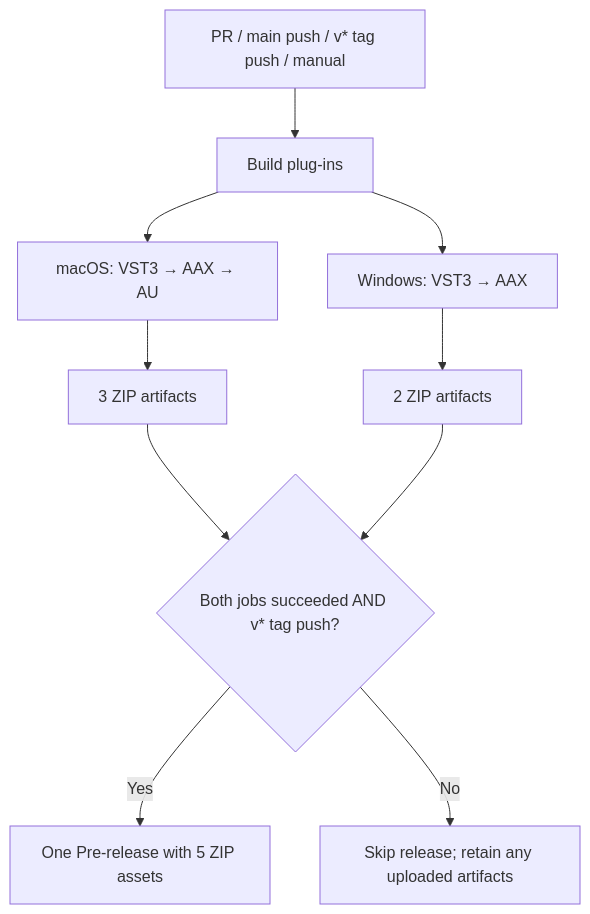
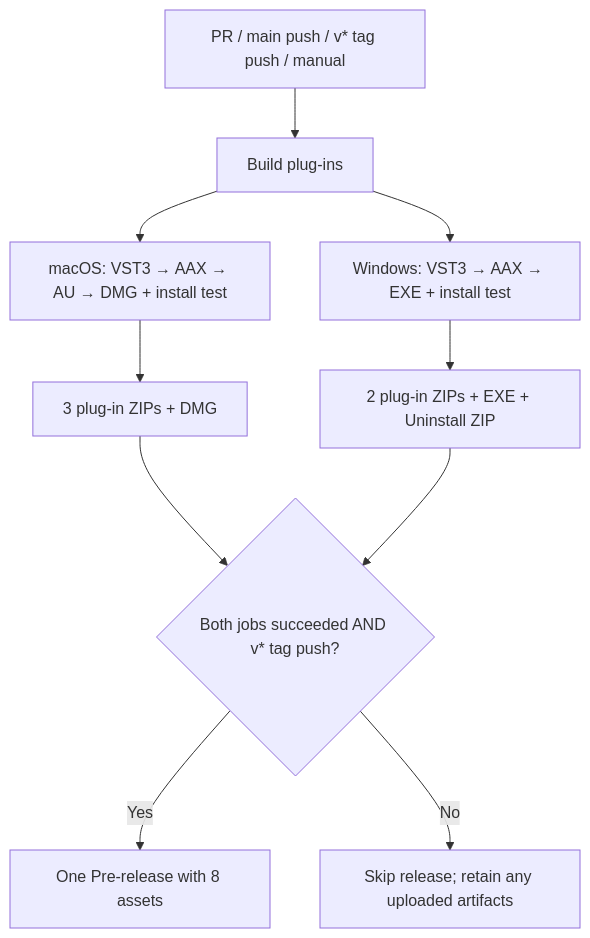
One commit to Hikari-Tsai/JS_Inflator changed the diagram in README.md. Above: the diagram before and after it, drawn with Mermaid. The commit also changed other lines of this file and 16 other files, not shown here.

Commit message:
ci: package macOS and Windows installers with uninstall tools

````diff
--- a/README.md
+++ b/README.md
@@ -181,12 +200,12 @@
 ```mermaid
 flowchart TD
     event["PR / main push / v* tag push / manual"] --> entry["Build plug-ins"]
-    entry --> mac["macOS: VST3 → AAX → AU"]
-    entry --> win["Windows: VST3 → AAX"]
-    mac --> ma["3 ZIP artifacts"]
-    win --> wa["2 ZIP artifacts"]
+    entry --> mac["macOS: VST3 → AAX → AU → DMG + install test"]
+    entry --> win["Windows: VST3 → AAX → EXE + install test"]
+    mac --> ma["3 plug-in ZIPs + DMG"]
+    win --> wa["2 plug-in ZIPs + EXE + Uninstall ZIP"]
     ma --> gate{"Both jobs succeeded AND v* tag push?"}
     wa --> gate
-    gate -->|Yes| release["One Pre-release with 5 ZIP assets"]
+    gate -->|Yes| release["One Pre-release with 8 assets"]
     gate -->|No| stop["Skip release; retain any uploaded artifacts"]
 ```
````
